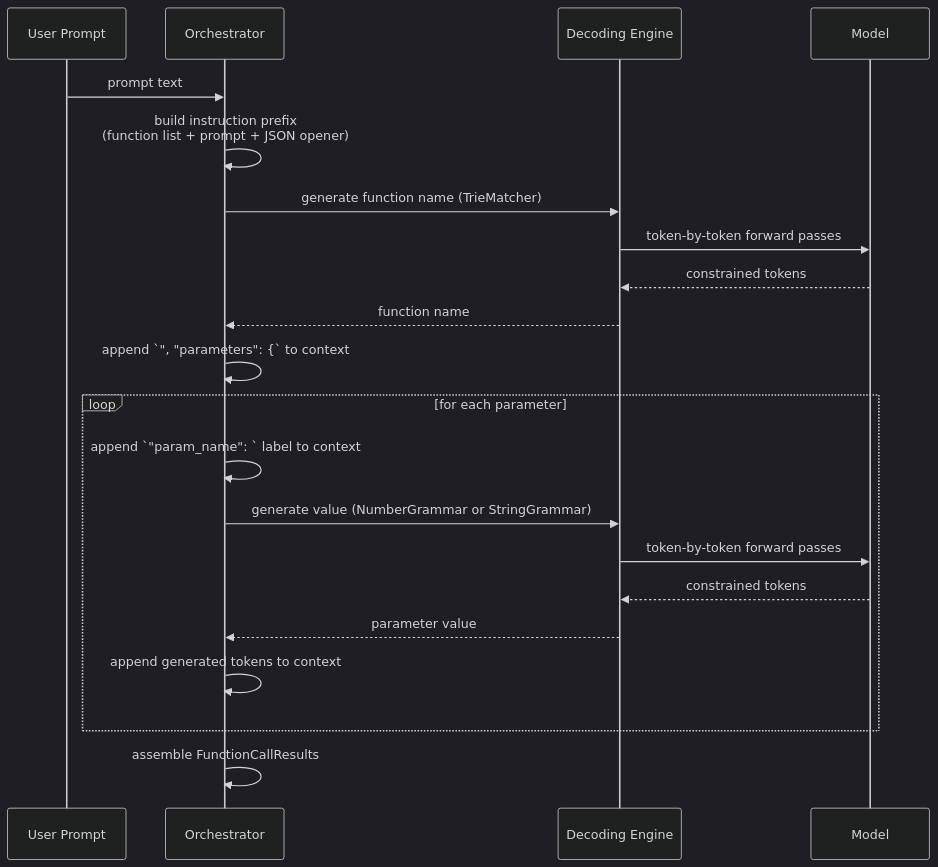
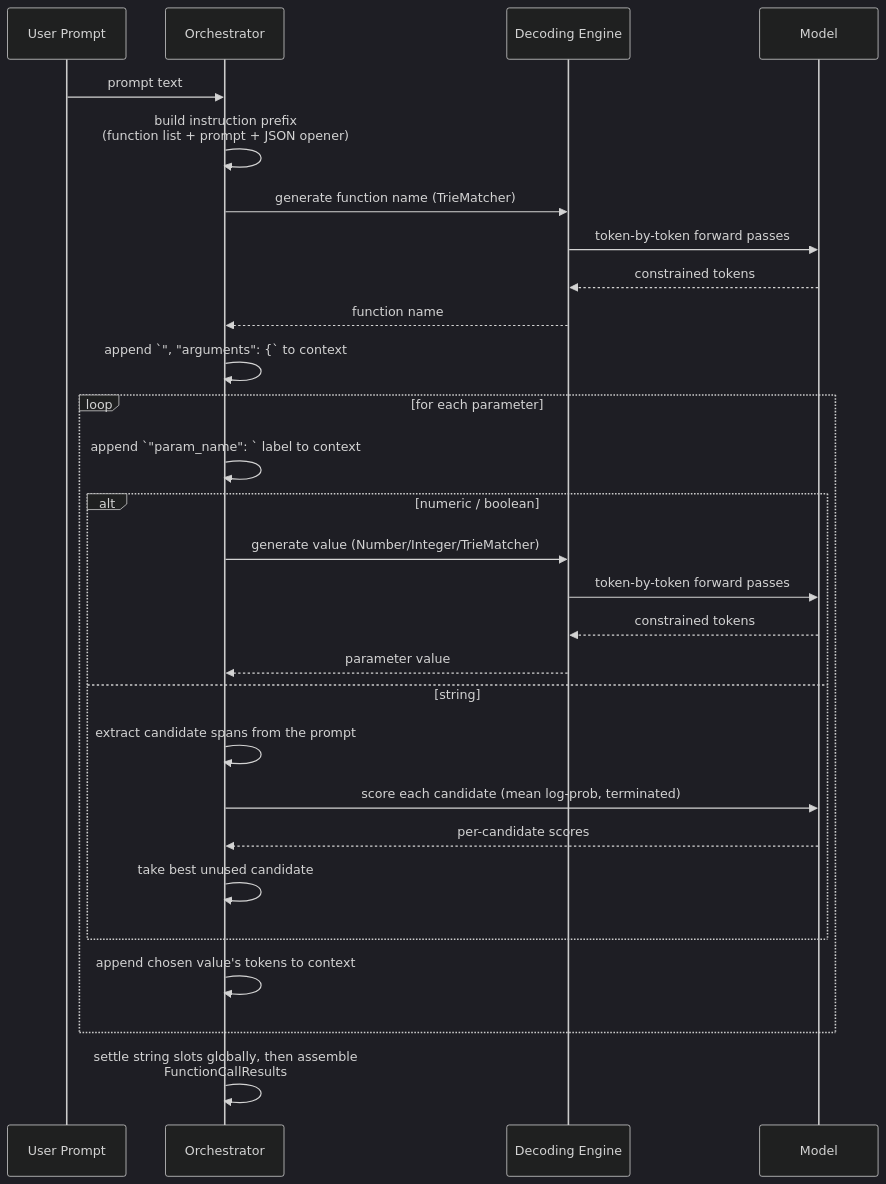
One commit to abdullahsmatrix/call_me_maybe changed the third of 5 diagrams in TECHNICAL_DOCUMENTATION.md. Above: the diagram before and after it, drawn with Mermaid (dark theme). The commit also changed other lines of this file and 3 other files, not shown here.

````diff
--- a/TECHNICAL_DOCUMENTATION.md
+++ b/TECHNICAL_DOCUMENTATION.md
@@ -181,26 +208,33 @@
 ```mermaid
 sequenceDiagram
     participant U as User Prompt
     participant O as Orchestrator
     participant D as Decoding Engine
     participant M as Model
 
     U->>O: prompt text
     O->>O: build instruction prefix<br/>(function list + prompt + JSON opener)
     O->>D: generate function name (TrieMatcher)
     D->>M: token-by-token forward passes
     M-->>D: constrained tokens
     D-->>O: function name
 
-    O->>O: append `", "parameters": {` to context
+    O->>O: append `", "arguments": {` to context
     loop for each parameter
         O->>O: append `"param_name": ` label to context
-        O->>D: generate value (NumberGrammar or StringGrammar)
-        D->>M: token-by-token forward passes
-        M-->>D: constrained tokens
-        D-->>O: parameter value
-        O->>O: append generated tokens to context
+        alt numeric / boolean
+            O->>D: generate value (Number/Integer/TrieMatcher)
+            D->>M: token-by-token forward passes
+            M-->>D: constrained tokens
+            D-->>O: parameter value
+        else string
+            O->>O: extract candidate spans from the prompt
+            O->>M: score each candidate (mean log-prob, terminated)
+            M-->>O: per-candidate scores
+            O->>O: take best unused candidate
+        end
+        O->>O: append chosen value's tokens to context
     end
 
-    O->>O: assemble FunctionCallResults
+    O->>O: settle string slots globally, then assemble<br/>FunctionCallResults
 ```
````
